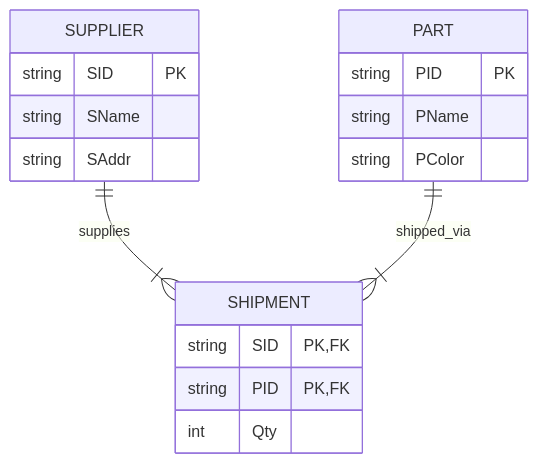
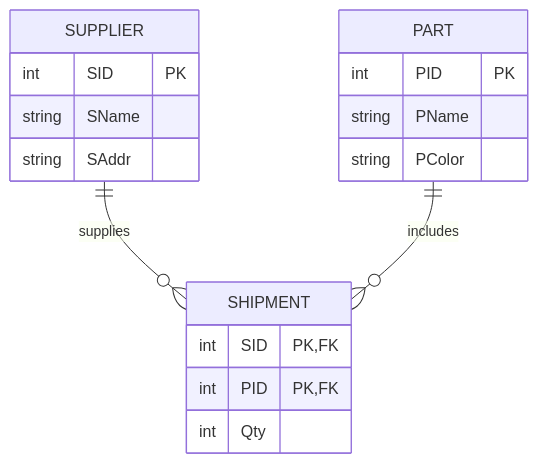
Before and after one commit to AnanthAkshay/SEM4_NOTES: the diagram in DBMS_LAB/Experiment_2_Part_Supplier_Supply/Experiment_2.md, drawn with Mermaid. The commit also changed other lines of this file and 129 other files, not shown here.

````diff
--- a/DBMS_LAB/Experiment_2_Part_Supplier_Supply/Experiment_2.md
+++ b/DBMS_LAB/Experiment_2_Part_Supplier_Supply/Experiment_2.md
@@ -92,21 +71,21 @@
 ```mermaid
 erDiagram
     SUPPLIER {
-        string SID PK
+        int SID PK
         string SName
         string SAddr
     }
     PART {
-        string PID PK
+        int PID PK
         string PName
         string PColor
     }
     SHIPMENT {
-        string SID PK, FK
-        string PID PK, FK
+        int SID PK, FK
+        int PID PK, FK
         int Qty
     }
 
-    SUPPLIER ||--|{ SHIPMENT : "supplies"
-    PART ||--|{ SHIPMENT : "shipped_via"
+    SUPPLIER ||--o{ SHIPMENT : supplies
+    PART ||--o{ SHIPMENT : includes
 ```
````
